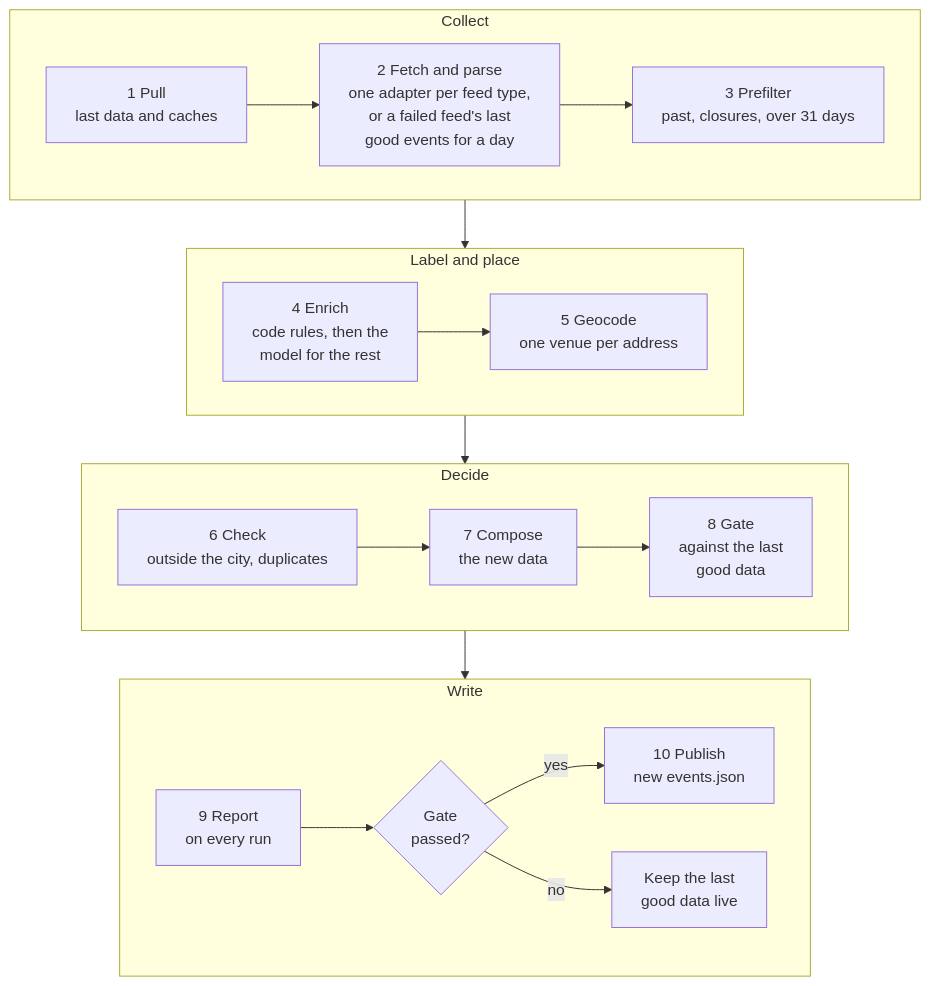
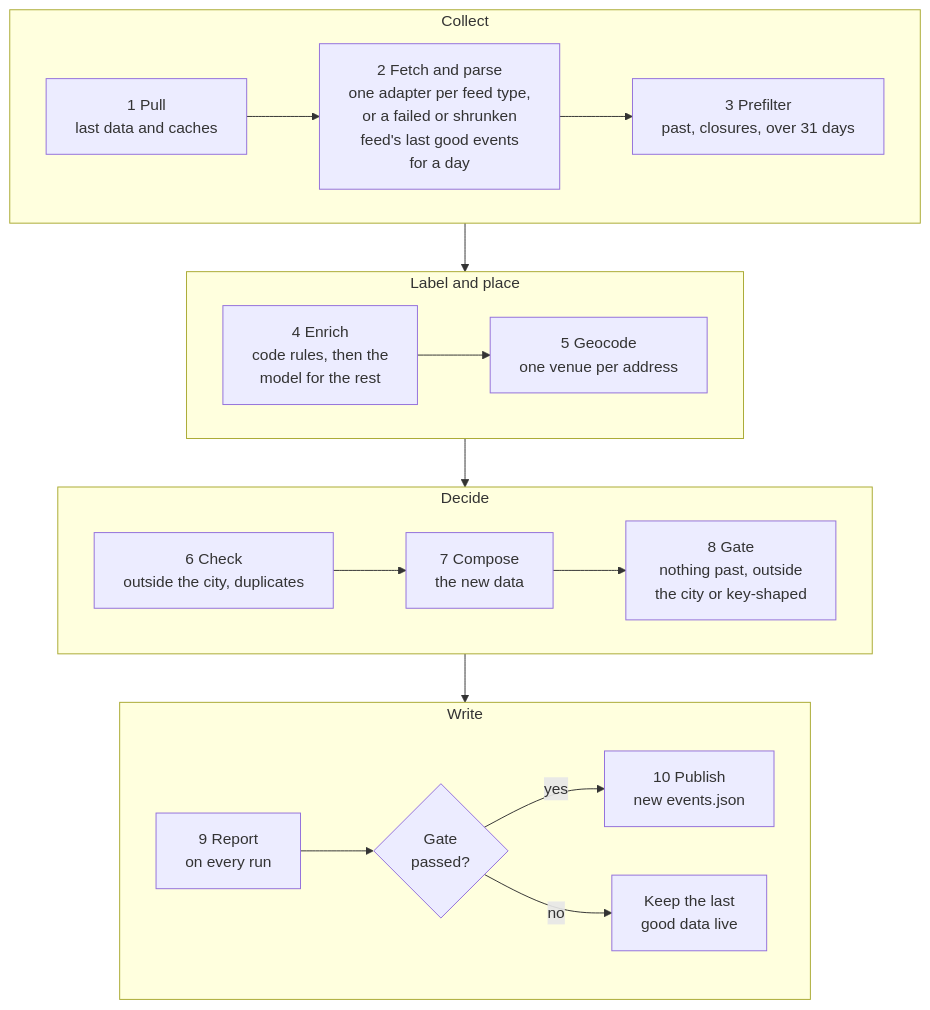
One commit to taneta/jcmaps changed the second of 2 diagrams in docs/how-it-works.md. Above: the diagram before and after it, drawn with Mermaid. The commit also changed other lines of this file and 8 other files, not shown here.

Commit message:
A feed that lists far fewer events is carried for a day, then published as it is, and the other sources keep updating (#30)

````diff
--- a/docs/how-it-works.md
+++ b/docs/how-it-works.md
@@ -44,25 +44,25 @@
 ```mermaid
 flowchart TB
     %% Mirrors build() in pipeline/cli.py. Update it when a stage is added, removed or reordered.
     subgraph collect ["Collect"]
         direction LR
-        pull["1 Pull<br/>last data and caches"] --> fetch["2 Fetch and parse<br/>one adapter per feed type,<br/>or a failed feed's last<br/>good events for a day"]
+        pull["1 Pull<br/>last data and caches"] --> fetch["2 Fetch and parse<br/>one adapter per feed type,<br/>or a failed or shrunken<br/>feed's last good events<br/>for a day"]
         fetch --> prefilter["3 Prefilter<br/>past, closures, over 31 days"]
     end
     subgraph enrichplace ["Label and place"]
         direction LR
         enrich["4 Enrich<br/>code rules, then the<br/>model for the rest"] --> geocode["5 Geocode<br/>one venue per address"]
     end
     subgraph decide ["Decide"]
         direction LR
         check["6 Check<br/>outside the city, duplicates"] --> compose["7 Compose<br/>the new data"]
-        compose --> gate["8 Gate<br/>against the last<br/>good data"]
+        compose --> gate["8 Gate<br/>nothing past, outside<br/>the city or key-shaped"]
     end
     subgraph write ["Write"]
         direction LR
         report["9 Report<br/>on every run"] --> passed{"Gate<br/>passed?"}
         passed -->|yes| publish["10 Publish<br/>new events.json"]
         passed -->|no| keep["Keep the last<br/>good data live"]
     end
     collect --> enrichplace --> decide --> write
 ```
````
